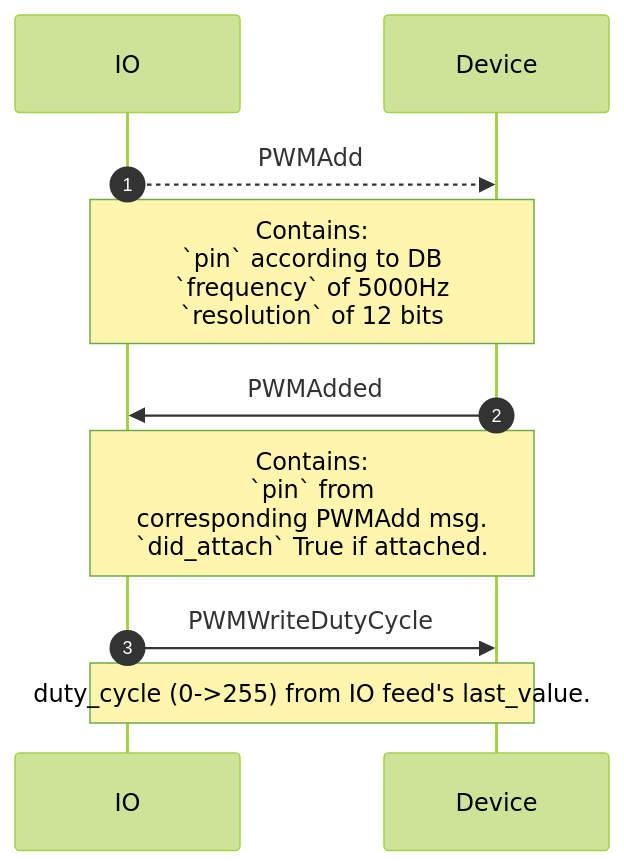
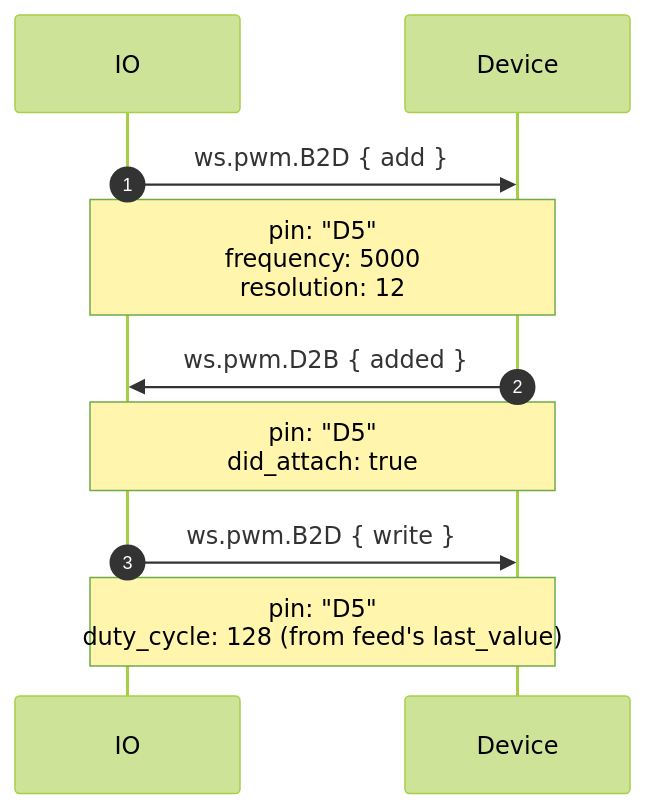
The fifth of 10 diagrams in proto/wippersnapper/docs/pwm.md (adafruit/Wippersnapper_Protobuf), drawn with Mermaid (forest theme) before and after one commit. The commit also changed other lines of this file and 10 other files, not shown here.

````diff
--- a/proto/wippersnapper/docs/pwm.md
+++ b/proto/wippersnapper/docs/pwm.md
@@ -64,13 +98,13 @@
 ```mermaid
 sequenceDiagram
 autonumber
 
-IO-->>Device: PWMAdd
-Note over IO, Device: Contains:<br> `pin` according to DB<br>`frequency` of 5000Hz<br> `resolution` of 12 bits
+IO->>Device: ws.pwm.B2D { add }
+Note over IO, Device: pin: "D5"<br/>frequency: 5000<br/>resolution: 12
 
-Device->>IO: PWMAdded
-Note over IO, Device: Contains:<br> `pin` from <br>corresponding PWMAdd msg. <br>`did_attach` True if attached.
+Device->>IO: ws.pwm.D2B { added }
+Note over IO, Device: pin: "D5"<br/>did_attach: true
 
-IO->>Device: PWMWriteDutyCycle
-Note over IO, Device: duty_cycle (0->255) from IO feed's last_value.
+IO->>Device: ws.pwm.B2D { write }
+Note over IO, Device: pin: "D5"<br/>duty_cycle: 128 (from feed's last_value)
 ```
````
